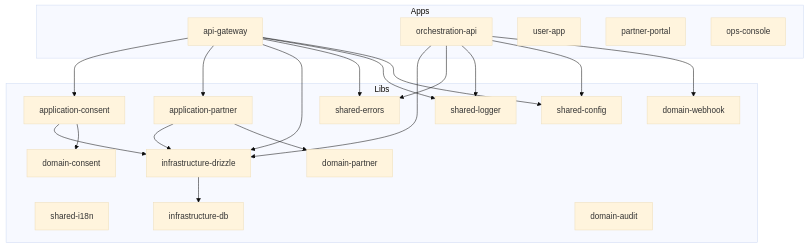
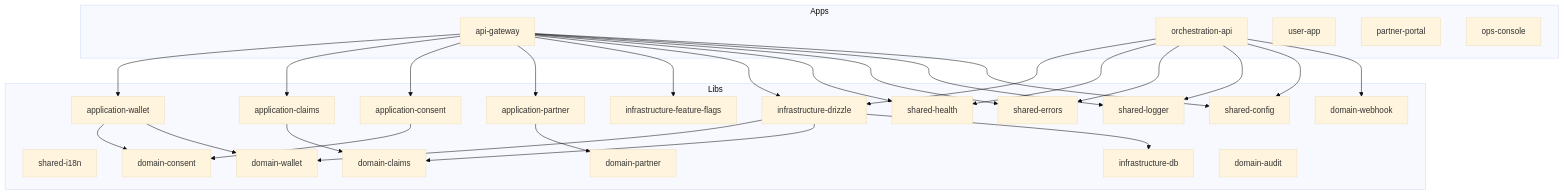
The diagram in docs/architecture.md (Yuri-Lima/Ultima-Forma-MVP), drawn with Mermaid (base theme) before and after one commit. The commit also changed other lines of this file and 107 other files, not shown here.

````diff
--- a/docs/architecture.md
+++ b/docs/architecture.md
@@ -5,42 +5,56 @@
 ```mermaid
 flowchart TB
     subgraph apps [Apps]
         apiGW[api-gateway]
         orch[orchestration-api]
         userApp[user-app]
         partner[partner-portal]
         opsConsole[ops-console]
     end
 
     subgraph libs [Libs]
         config[shared-config]
         logger[shared-logger]
         errors[shared-errors]
         i18n[shared-i18n]
+        health[shared-health]
         db[infrastructure-db]
         drizzle[infrastructure-drizzle]
+        featureFlags[infrastructure-feature-flags]
         domainPartner[domain-partner]
         appPartner[application-partner]
         domainConsent[domain-consent]
         appConsent[application-consent]
+        domainClaims[domain-claims]
+        appClaims[application-claims]
+        domainWallet[domain-wallet]
+        appWallet[application-wallet]
         domainWebhook[domain-webhook]
         domainAudit[domain-audit]
     end
 
     apiGW --> config
     apiGW --> logger
     apiGW --> errors
+    apiGW --> health
     apiGW --> drizzle
+    apiGW --> featureFlags
     apiGW --> appPartner
     apiGW --> appConsent
+    apiGW --> appClaims
+    apiGW --> appWallet
     appPartner --> domainPartner
-    appPartner --> drizzle
     appConsent --> domainConsent
-    appConsent --> drizzle
+    appClaims --> domainClaims
+    appWallet --> domainWallet
+    appWallet --> domainConsent
     orch --> domainWebhook
     orch --> config
     orch --> logger
     orch --> errors
+    orch --> health
     orch --> drizzle
     drizzle --> db
+    drizzle --> domainClaims
+    drizzle --> domainWallet
 ```
````
